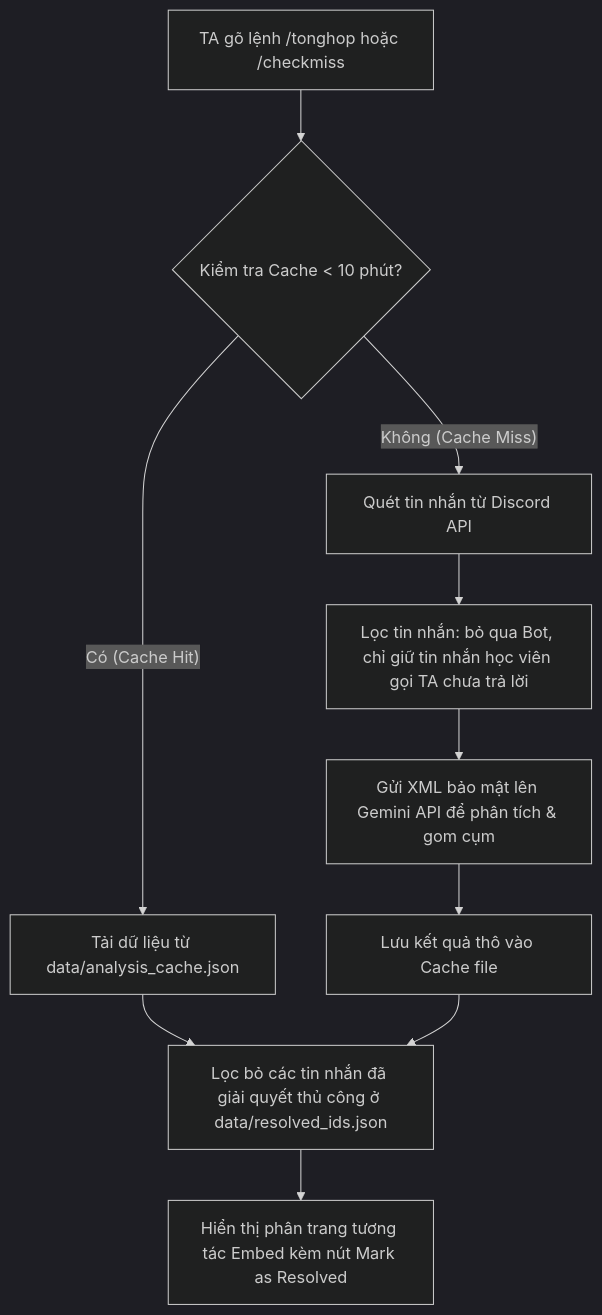
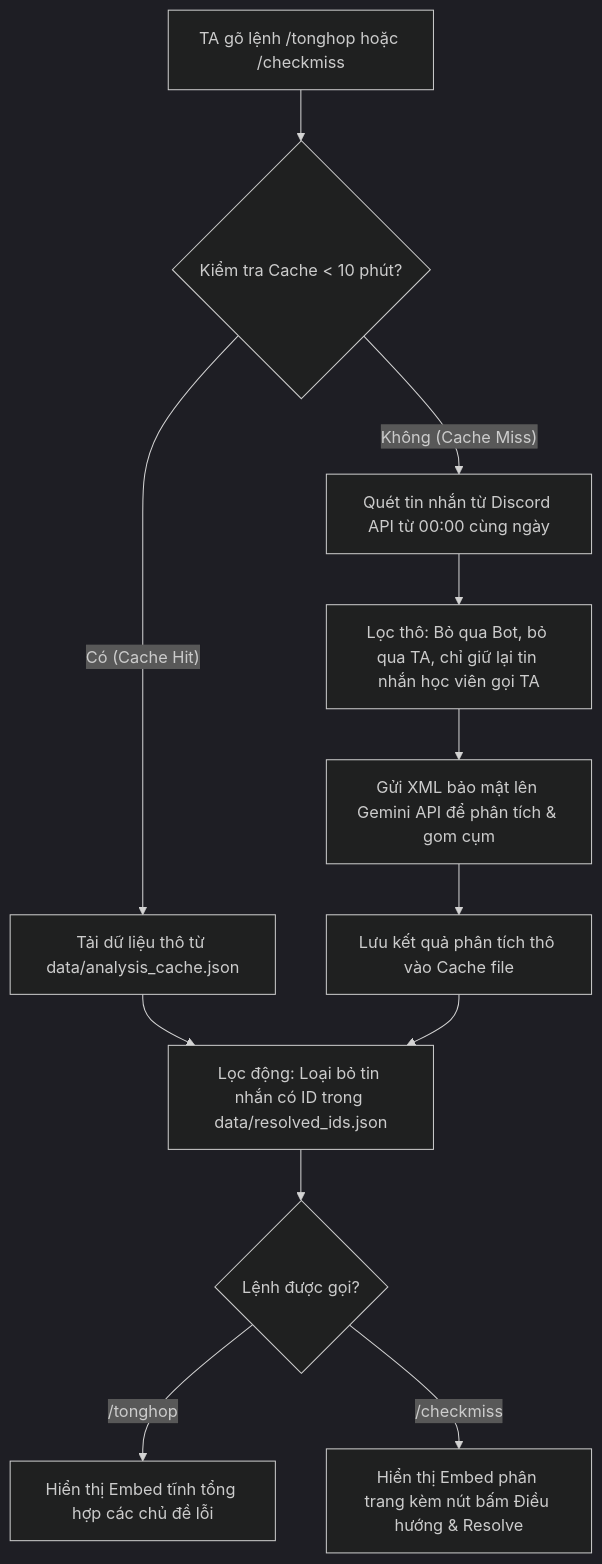
Before and after one commit to NgLan/Batch03-K4-AI-Product-Hackathon: the diagram in src/README.md, drawn with Mermaid (dark theme). The commit also changed other lines of this file and 2 other files, not shown here.

````diff
--- a/src/README.md
+++ b/src/README.md
@@ -55,12 +57,14 @@
 ```mermaid
 graph TD
     A[TA gõ lệnh /tonghop hoặc /checkmiss] --> B{Kiểm tra Cache < 10 phút?}
-    B -- Có (Cache Hit) --> C[Tải dữ liệu từ data/analysis_cache.json]
-    B -- Không (Cache Miss) --> D[Quét tin nhắn từ Discord API]
-    D --> E[Lọc tin nhắn: bỏ qua Bot, chỉ giữ tin nhắn học viên gọi TA chưa trả lời]
+    B -- Có (Cache Hit) --> C[Tải dữ liệu thô từ data/analysis_cache.json]
+    B -- Không (Cache Miss) --> D[Quét tin nhắn từ Discord API từ 00:00 cùng ngày]
+    D --> E[Lọc thô: Bỏ qua Bot, bỏ qua TA, chỉ giữ lại tin nhắn học viên gọi TA]
     E --> F[Gửi XML bảo mật lên Gemini API để phân tích & gom cụm]
-    F --> G[Lưu kết quả thô vào Cache file]
-    C --> H[Lọc bỏ các tin nhắn đã giải quyết thủ công ở data/resolved_ids.json]
+    F --> G[Lưu kết quả phân tích thô vào Cache file]
+    C --> H[Lọc động: Loại bỏ tin nhắn có ID trong data/resolved_ids.json]
     G --> H
-    H --> I[Hiển thị phân trang tương tác Embed kèm nút Mark as Resolved]
+    H --> I{Lệnh được gọi?}
+    I -- /tonghop --> J[Hiển thị Embed tĩnh tổng hợp các chủ đề lỗi]
+    I -- /checkmiss --> K[Hiển thị Embed phân trang kèm nút bấm Điều hướng & Resolve]
 ```
````
